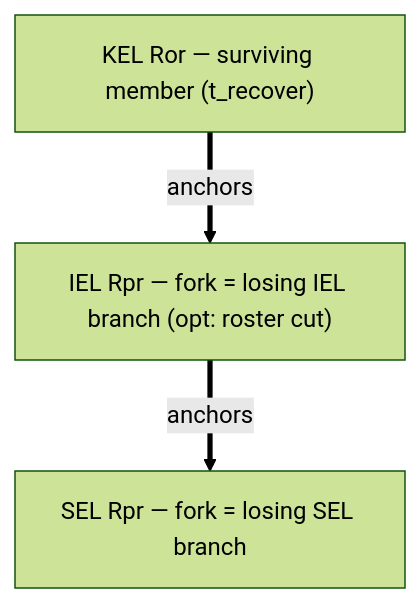
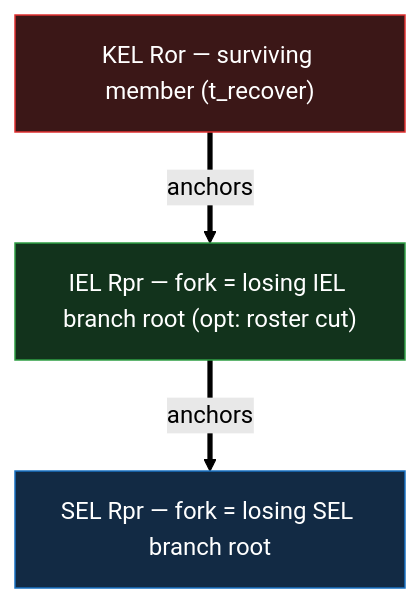
Before and after one commit to jasoncolburne/vdti: the first of 2 diagrams in docs/design/primitives/data/event-logs/iel/reconciliation.md, drawn with Mermaid (forest theme). The commit also changed other lines of this file and 13 other files, not shown here.

Commit message:
VDTI-10: Fix table, diagrams, other defects

````diff
--- a/docs/design/primitives/data/event-logs/iel/reconciliation.md
+++ b/docs/design/primitives/data/event-logs/iel/reconciliation.md
@@ -18,8 +18,11 @@
 ```mermaid
 flowchart TB
-  Ror["KEL Ror — surviving member (t_recover)"]
-  Rpr_i["IEL Rpr — fork = losing IEL branch (opt: roster cut)"]
-  Rpr_s["SEL Rpr — fork = losing SEL branch"]
+  Ror["KEL Ror — surviving member (t_recover)"]:::kel
+  Rpr_i["IEL Rpr — fork = losing IEL branch root (opt: roster cut)"]:::iel
+  Rpr_s["SEL Rpr — fork = losing SEL branch root"]:::sel
   Ror ==>|anchors| Rpr_i
   Rpr_i ==>|anchors| Rpr_s
+  classDef kel fill:#3b1717,stroke:#e03131,color:#fff
+  classDef iel fill:#12331c,stroke:#2f9e44,color:#fff
+  classDef sel fill:#122a44,stroke:#1971c2,color:#fff
 ```
````
